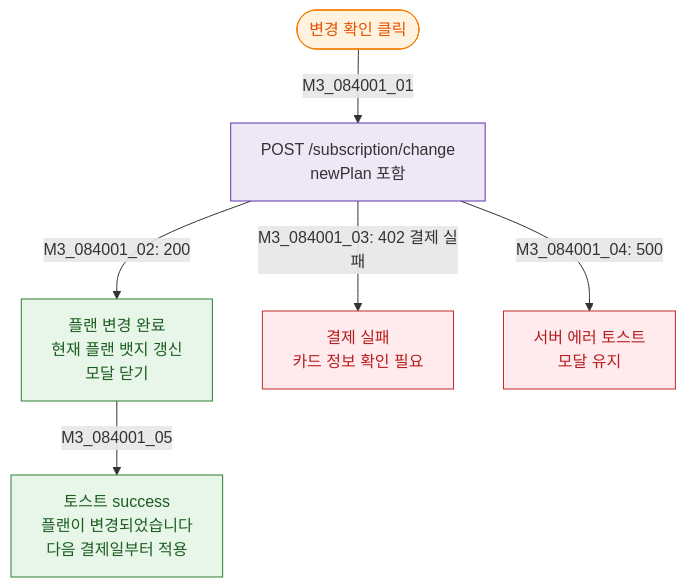
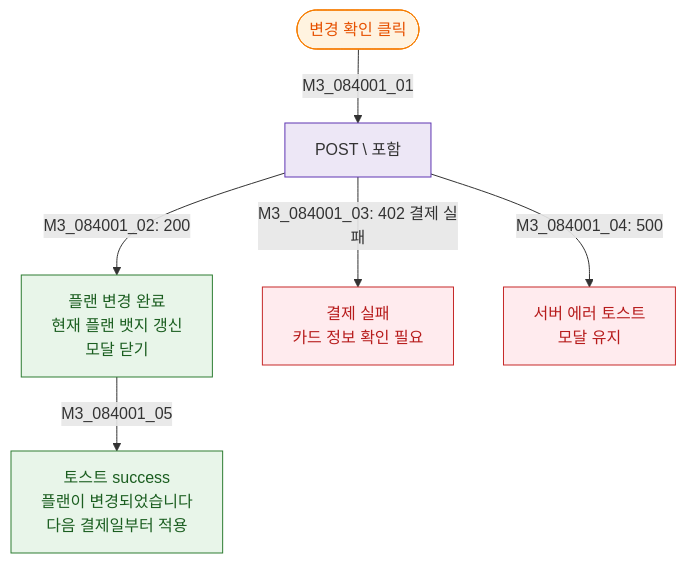
Before and after one commit to dev-spogym/admin-pando: the diagram in docs/다이어그램/D09_설정관리/DLG/DLG-084-001_플랜변경확인/M3_결과분기.md, drawn with Mermaid. The commit also changed other lines of this file and 1660 other files, not shown here.

First line of the commit message:
다이어그램: 기획자/클라이언트 납품본으로 정리

````diff
--- a/docs/다이어그램/D09_설정관리/DLG/DLG-084-001_플랜변경확인/M3_결과분기.md
+++ b/docs/다이어그램/D09_설정관리/DLG/DLG-084-001_플랜변경확인/M3_결과분기.md
@@ -14,18 +12,18 @@
 ```mermaid
 flowchart TD
-    Action([변경 확인 클릭]) -->|M3_084001_01| ACT_Change[POST /subscription/change\nnewPlan 포함]
-    ACT_Change -->|"M3_084001_02: 200"| PlanChanged[플랜 변경 완료\n현재 플랜 뱃지 갱신\n모달 닫기]
-    ACT_Change -->|"M3_084001_03: 402 결제 실패"| E_Payment[결제 실패\n카드 정보 확인 필요]
-    ACT_Change -->|"M3_084001_04: 500"| E_Server[서버 에러 토스트\n모달 유지]
+    Action([변경 확인 클릭]) -->|M3_084001_01|ACT_Change[POST \ 포함]
+    ACT_Change -->|"M3_084001_02: 200"|PlanChanged[플랜 변경 완료\n현재 플랜 뱃지 갱신\n모달 닫기]
+    ACT_Change -->|"M3_084001_03: 402 결제 실패"|E_Payment[결제 실패\n카드 정보 확인 필요]
+    ACT_Change -->|"M3_084001_04: 500"|E_Server[서버 에러 토스트\n모달 유지]
 
-    PlanChanged -->|M3_084001_05| T_PlanOK[토스트 success\n플랜이 변경되었습니다\n다음 결제일부터 적용]
+    PlanChanged -->|M3_084001_05|T_PlanOK[토스트 success\n플랜이 변경되었습니다\n다음 결제일부터 적용]
 
     classDef modal fill:#FFF3E0,stroke:#F57C00,color:#E65100
     classDef success fill:#E8F5E9,stroke:#2E7D32,color:#1B5E20
     classDef error fill:#FFEBEE,stroke:#C62828,color:#B71C1C
     classDef system fill:#EDE7F6,stroke:#5E35B2
     class Action modal
     class PlanChanged,T_PlanOK success
     class E_Payment,E_Server error
     class ACT_Change system
 ```
````
